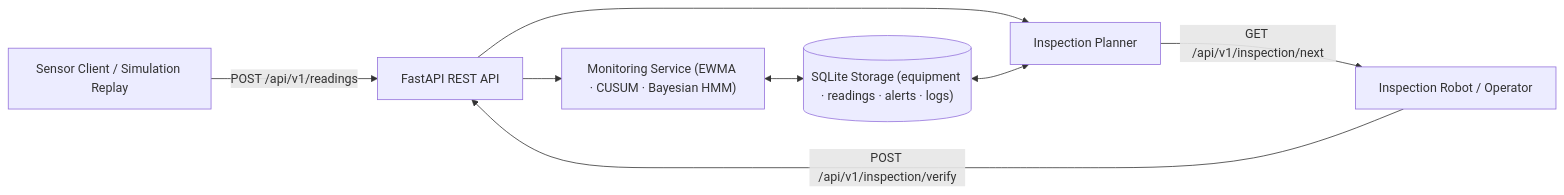
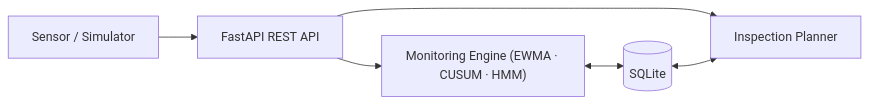
Before and after one commit to aryanhood/thermal-sentinel: the diagram in README.md, drawn with Mermaid. The commit also changed other lines of this file, not shown here.

````diff
--- a/README.md
+++ b/README.md
@@ -23,10 +19,8 @@
 ```mermaid
 flowchart LR
-    S["Sensor Client / Simulation Replay"] -->|POST /api/v1/readings| API["FastAPI REST API"]
-    API --> MON["Monitoring Service (EWMA · CUSUM · Bayesian HMM)"]
-    MON <--> DB[("SQLite Storage (equipment · readings · alerts · logs)")]
+    S["Sensor / Simulator"] --> API["FastAPI REST API"]
+    API --> MON["Monitoring Engine (EWMA · CUSUM · HMM)"]
+    MON <--> DB[("SQLite")]
     API --> PLAN["Inspection Planner"]
     DB <--> PLAN
-    PLAN -->|GET /api/v1/inspection/next| R["Inspection Robot / Operator"]
-    R -->|POST /api/v1/inspection/verify| API
 ```
````
